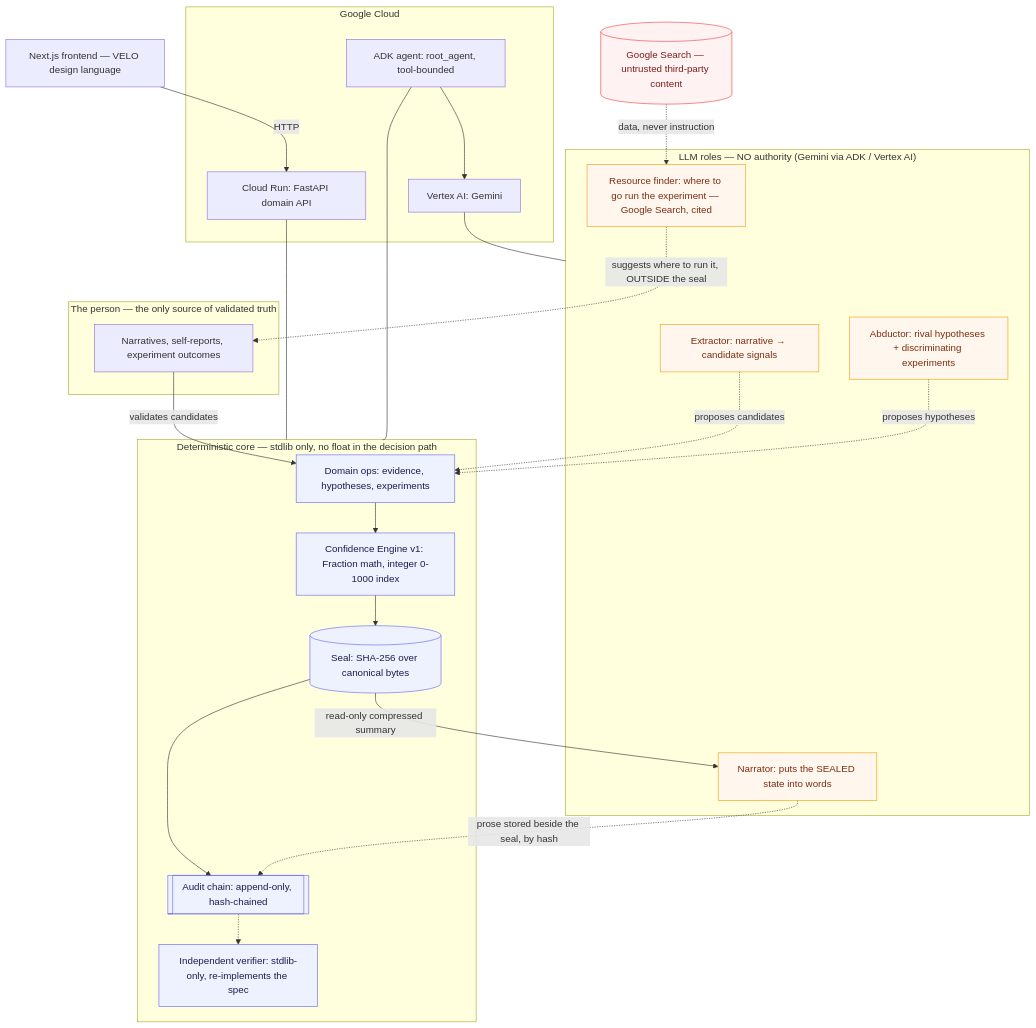
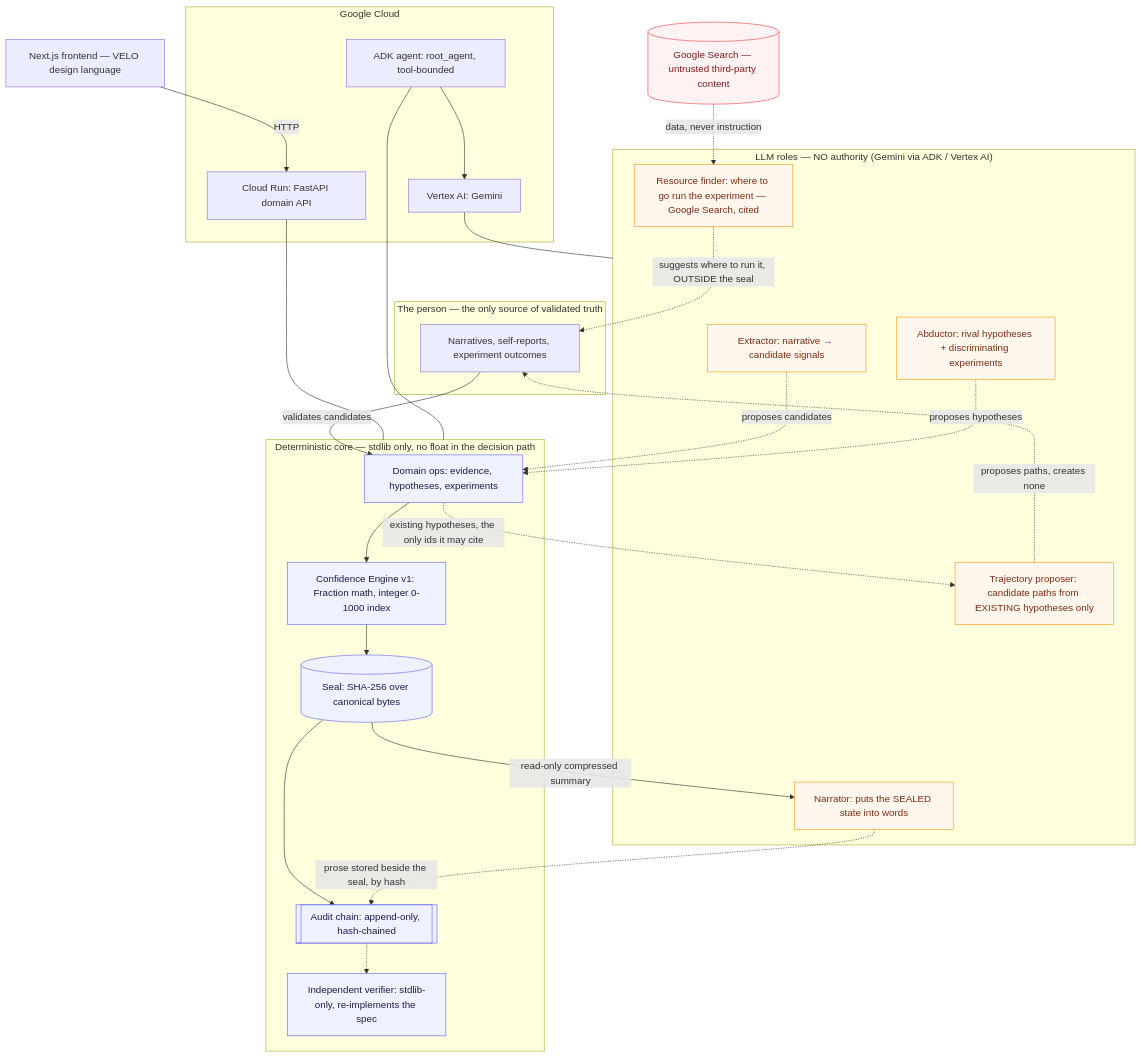
The first of 2 diagrams in docs/ARCHITECTURE.md (annatchijova/compass), drawn with Mermaid before and after one commit. The commit also changed other lines of this file and 8 other files, not shown here.

First line of the commit message:
Trajectory proposer: candidate paths built only from hypotheses that exist

````diff
--- a/docs/ARCHITECTURE.md
+++ b/docs/ARCHITECTURE.md
@@ -10,52 +10,55 @@
 ```mermaid
 flowchart TD
     subgraph person["The person — the only source of validated truth"]
         P[Narratives, self-reports, experiment outcomes]
     end
 
     subgraph llm["LLM roles — NO authority (Gemini via ADK / Vertex AI)"]
         EX[Extractor: narrative → candidate signals]
         AB[Abductor: rival hypotheses + discriminating experiments]
+        TP[Trajectory proposer: candidate paths from EXISTING hypotheses only]
         RF[Resource finder: where to go run the experiment — Google Search, cited]
         NA[Narrator: puts the SEALED state into words]
     end
 
     subgraph core["Deterministic core — stdlib only, no float in the decision path"]
         DOM[Domain ops: evidence, hypotheses, experiments]
         ENG[Confidence Engine v1: Fraction math, integer 0-1000 index]
         SEAL[(Seal: SHA-256 over canonical bytes)]
         CHAIN[[Audit chain: append-only, hash-chained]]
         VER[Independent verifier: stdlib-only, re-implements the spec]
     end
 
     subgraph gcp["Google Cloud"]
         RUN[Cloud Run: FastAPI domain API]
         ADKR[ADK agent: root_agent, tool-bounded]
         VTX[Vertex AI: Gemini]
     end
 
     FE[Next.js frontend — VELO design language]
     WEB[(Google Search — untrusted third-party content)]
 
     P -->|validates candidates| DOM
     EX -.proposes candidates.-> DOM
     AB -.proposes hypotheses.-> DOM
     WEB -.data, never instruction.-> RF
     RF -.suggests where to run it, OUTSIDE the seal.-> P
+    DOM -.existing hypotheses, the only ids it may cite.-> TP
+    TP -.proposes paths, creates none.-> P
     DOM --> ENG --> SEAL --> CHAIN
     CHAIN -.-> VER
     SEAL -->|read-only compressed summary| NA
     NA -.prose stored beside the seal, by hash.-> CHAIN
     RUN --- core
     ADKR --- core
     ADKR --> VTX
     VTX --- llm
     FE -->|HTTP| RUN
 
     classDef noauth fill:#fff7ed,stroke:#f59e0b,color:#7c2d12;
     classDef det fill:#eef2ff,stroke:#6366f1,color:#1e1b4b;
     classDef ext fill:#fef2f2,stroke:#ef4444,color:#7f1d1d;
     class WEB ext;
-    class EX,AB,NA,RF noauth;
+    class EX,AB,NA,RF,TP noauth;
     class DOM,ENG,SEAL,CHAIN,VER det;
 ```
````
